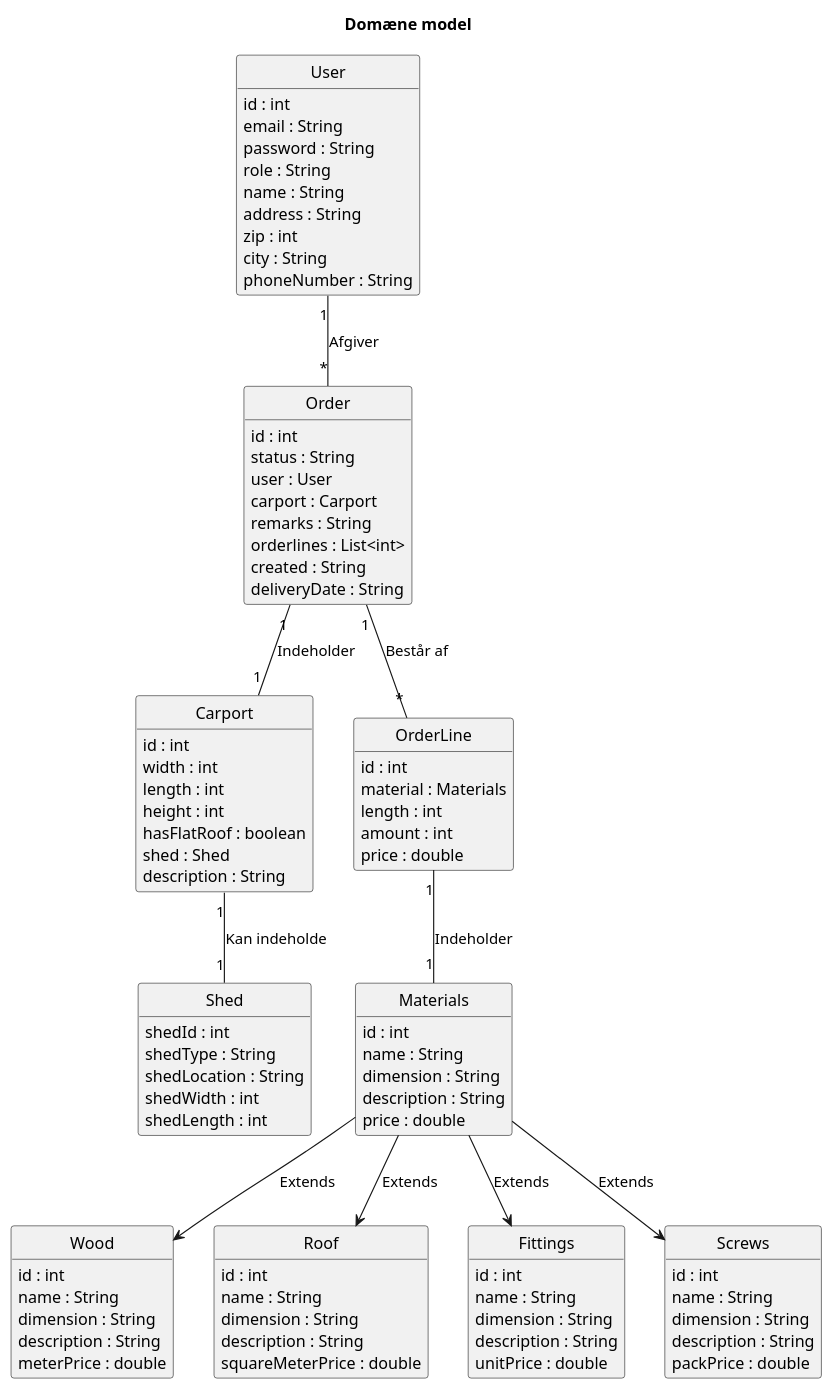
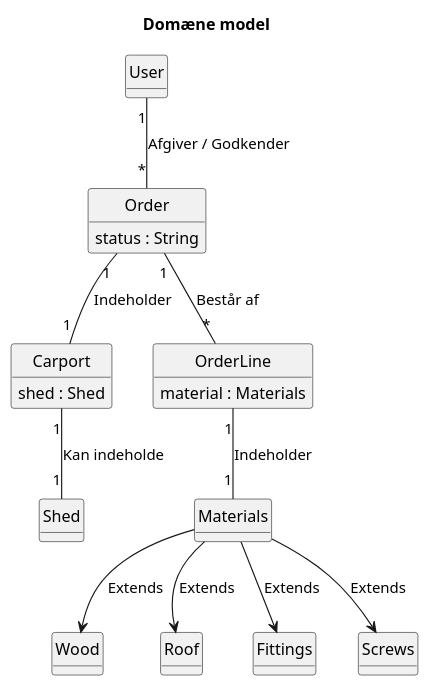
Before and after one commit to LaDane/DatamatikerGit: the diagram in 2 Semester/Week_47/Carport_Domain/plantuml/DomainModel.puml, drawn with PlantUML. The commit also changed 7 other files, not shown here.

```diff
--- a/2 Semester/Week_47/Carport_Domain/plantuml/DomainModel.puml
+++ b/2 Semester/Week_47/Carport_Domain/plantuml/DomainModel.puml
@@ -1,112 +1,112 @@
 @startuml
 Title Domæne model
 
 ' Entities
 hide circle
 hide methods
 
 class Materials {
-    id : int
-    name : String
-    dimension : String
-    description : String
-    price : double
+'    id : int
+'    name : String
+'    dimension : String
+'    description : String
+'    price : double
 }
 
 class Wood {
-    id : int
-    name : String
-    dimension : String
-    description : String
-    meterPrice : double
+'    id : int
+'    name : String
+'    dimension : String
+'    description : String
+'    meterPrice : double
 }
 
 class Roof {
-    id : int
-    name : String
-    dimension : String
-    description : String
-    squareMeterPrice : double
+'    id : int
+'    name : String
+'    dimension : String
+'    description : String
+'    squareMeterPrice : double
 }
 
 ' kun stk pris
 class Fittings {
-    id : int
-    name : String
-    dimension : String
-    description : String
-    unitPrice : double
+'    id : int
+'    name : String
+'    dimension : String
+'    description : String
+'    unitPrice : double
 }
 
 ' kun pakke pris
 class Screws {
-    id : int
-    name : String
-    dimension : String
-    description : String
-    packPrice : double
+'    id : int
+'    name : String
+'    dimension : String
+'    description : String
+'    packPrice : double
 }
 
 class User {
-    id : int
-    email : String
-    password : String
-    role : String
-    name : String
-    address : String
-    zip : int
-    city : String
-    phoneNumber : String
+'    id : int
+'    email : String
+'    password : String
+'    role : String
+'    name : String
+'    address : String
+'    zip : int
+'    city : String
+'    phoneNumber : String
 }
 
 class Order {
-    id : int
+'    id : int
     status : String
-    user : User
-    carport : Carport
-    remarks : String
-    orderlines : List<int>
-    created : String
-    deliveryDate : String
+'    user : User
+'    carport : Carport
+'    remarks : String
+'    orderlines : List<int>
+'    created : String
+'    deliveryDate : String
 }
 
 class Carport {
-    id : int
-    width : int
-    length : int
-    height : int
-    hasFlatRoof : boolean
+'    id : int
+'    width : int
+'    length : int
+'    height : int
+'    hasFlatRoof : boolean
     shed : Shed
-    description : String
+'    description : String
 }
 
 class Shed {
-    shedId : int
-    ' MySQL carportId
-    shedType : String
-    shedLocation : String
-    shedWidth : int
-    shedLength : int
+'    shedId : int
+'    ' MySQL carportId
+'    shedType : String
+'    shedLocation : String
+'    shedWidth : int
+'    shedLength : int
 }
 
 class OrderLine {
-    id : int
+'    id : int
     material : Materials
-    length : int
-    amount : int
-    price : double
+'    length : int
+'    amount : int
+'    price : double
 }
 
 ' Enteties relations
 Materials --> Wood : Extends
 Materials --> Roof : Extends
 Materials --> Fittings : Extends
 Materials --> Screws : Extends
 
-User "1" -- "*" Order : Afgiver
+User "1" -- "*" Order : Afgiver / Godkender
 Order "1" -- "*" OrderLine : Består af
 Order "1" -- "1" Carport : Indeholder
 Carport "1" -- "1" Shed : Kan indeholde
 OrderLine "1" -- "1" Materials : Indeholder
 
 @enduml
```
